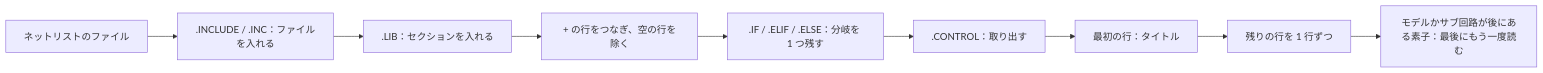
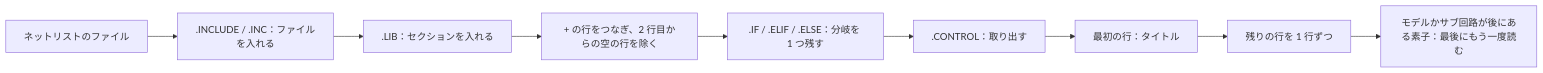
The first of 2 diagrams in docs/REFERENCE_MANUAL.ja.md (kurochan001/kirimaspice), drawn with Mermaid before and after one commit. The commit also changed other lines of this file and 11 other files, not shown here.

````diff
--- a/docs/REFERENCE_MANUAL.ja.md
+++ b/docs/REFERENCE_MANUAL.ja.md
@@ -87,11 +87,11 @@
   ```mermaid
   flowchart LR
     F[ネットリストのファイル] --> I[".INCLUDE / .INC：ファイルを入れる"]
     I --> L[".LIB：セクションを入れる"]
-    L --> C["+ の行をつなぎ、空の行を除く"]
+    L --> C["+ の行をつなぎ、2 行目からの空の行を除く"]
     C --> IF[".IF / .ELIF / .ELSE：分岐を 1 つ残す"]
     IF --> CT[".CONTROL：取り出す"]
     CT --> T["最初の行：タイトル"]
     T --> R["残りの行を 1 行ずつ"]
     R --> D["モデルかサブ回路が後にある素子：最後にもう一度読む"]
   ```
````
